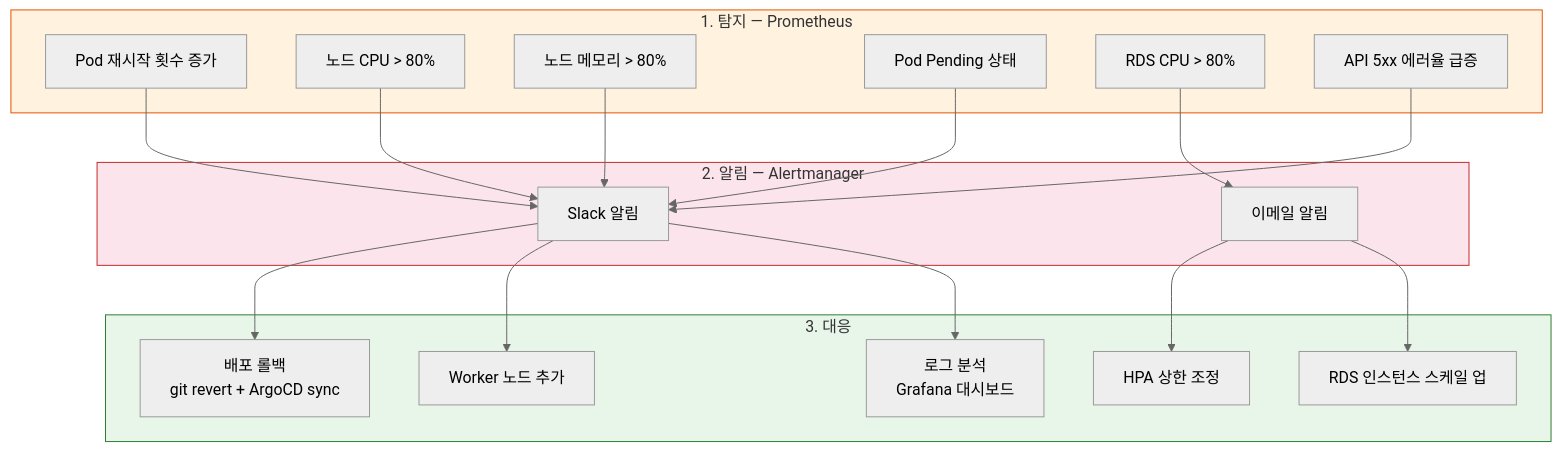
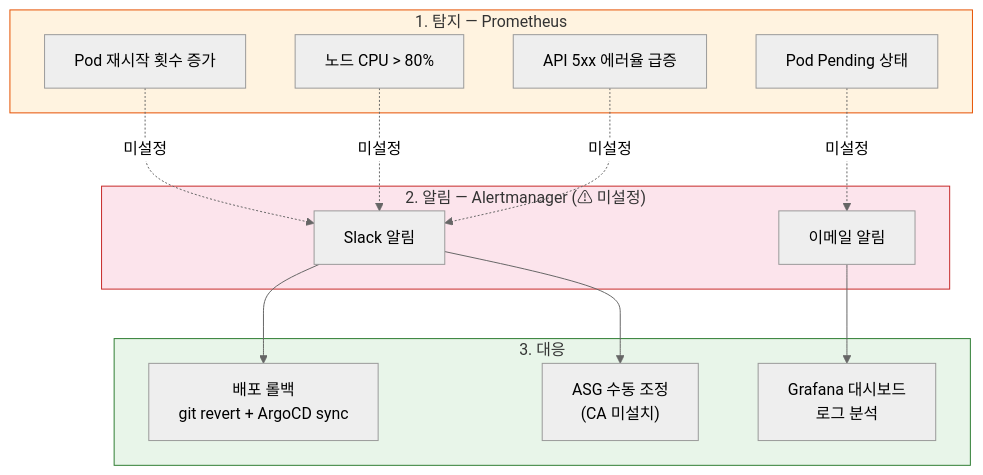
One commit to 80-hours-a-week/2-cho-community-infra changed diagram 17 of 17 in report.md. Above: the diagram before and after it, drawn with Mermaid (neutral theme). The commit also changed other lines of this file and 1 other file, not shown here.

````diff
--- a/report.md
+++ b/report.md
@@ -866,41 +823,33 @@
 ```mermaid
 flowchart TD
     subgraph Detect["1. 탐지 — Prometheus"]
         Pod_Restart["Pod 재시작 횟수 증가"]
         CPU_High["노드 CPU > 80%"]
-        Mem_High["노드 메모리 > 80%"]
         Pod_Pending["Pod Pending 상태"]
-        RDS_CPU["RDS CPU > 80%"]
         API_5xx["API 5xx 에러율 급증"]
     end
 
-    subgraph Alert["2. 알림 — Alertmanager"]
+    subgraph Alert["2. 알림 — Alertmanager (⚠ 미설정)"]
         Slack["Slack 알림"]
         Email["이메일 알림"]
     end
 
     subgraph Response["3. 대응"]
         Rollback["배포 롤백<br/>git revert + ArgoCD sync"]
-        Scale_Node["Worker 노드 추가"]
-        Scale_Pod["HPA 상한 조정"]
-        RDS_Scale["RDS 인스턴스 스케일 업"]
-        Debug["로그 분석<br/>Grafana 대시보드"]
+        Scale["ASG 수동 조정<br/>(CA 미설치)"]
+        Debug["Grafana 대시보드<br/>로그 분석"]
     end
 
-    Pod_Restart --> Slack
-    CPU_High --> Slack
-    Mem_High --> Slack
-    Pod_Pending --> Slack
-    RDS_CPU --> Email
-    API_5xx --> Slack
+    Pod_Restart -.->|"미설정"| Slack
+    CPU_High -.->|"미설정"| Slack
+    Pod_Pending -.->|"미설정"| Email
+    API_5xx -.->|"미설정"| Slack
 
     Slack --> Rollback
-    Slack --> Scale_Node
-    Email --> Scale_Pod
-    Email --> RDS_Scale
-    Slack --> Debug
+    Slack --> Scale
+    Email --> Debug
 
     style Detect fill:#fff3e0,stroke:#e65100
     style Alert fill:#fce4ec,stroke:#c62828
     style Response fill:#e8f5e9,stroke:#2e7d32
 ```
````
